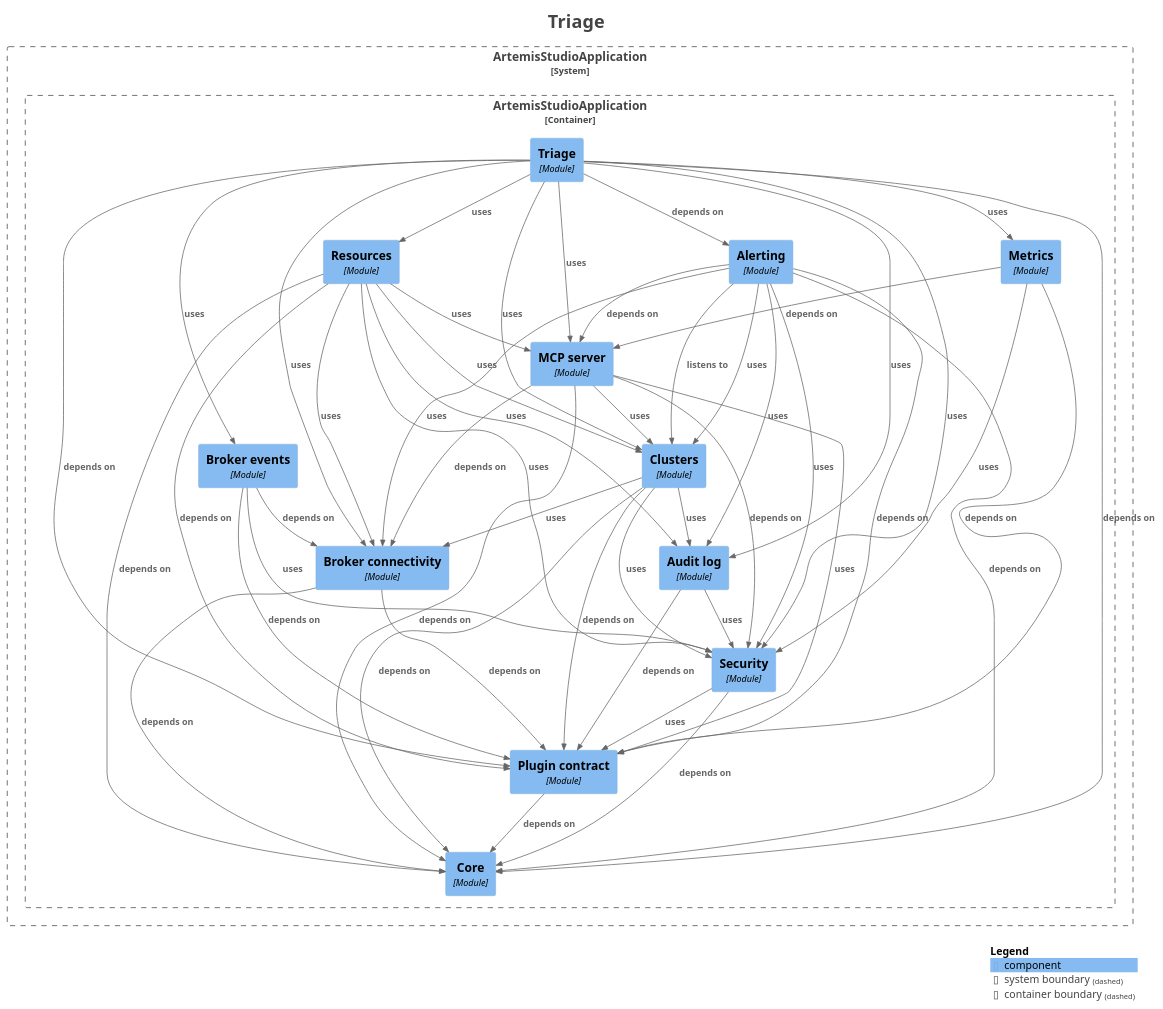
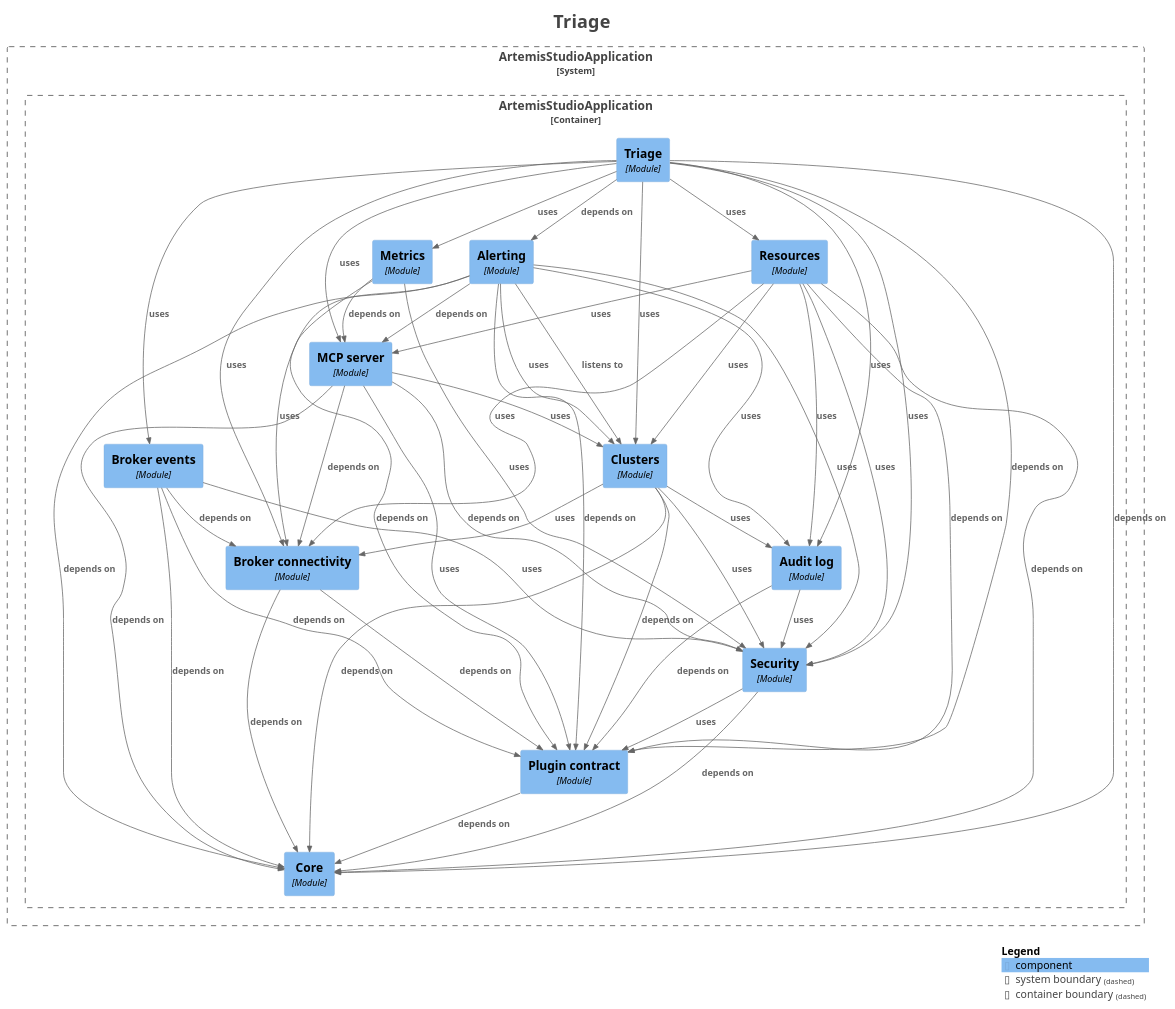
The diagram in docs/modules/module-feature.triage.puml (sudoitir/artemis-studio), drawn with PlantUML before and after one commit. The commit also changed 3 other files, not shown here.

First line of the commit message:
docs(modules): regenerate module diagrams for shutdown-step dependencies

```diff
--- a/docs/modules/module-feature.triage.puml
+++ b/docs/modules/module-feature.triage.puml
@@ -1,88 +1,89 @@
 @startuml
 title <size:24>Triage</size>
 
 set separator none
 top to bottom direction
 
 <style>
   root {
     BackgroundColor: #ffffff
     FontColor: #444444
   }
 </style>
 
 !include <C4/C4>
 !include <C4/C4_Context>
 !include <C4/C4_Component>
 
 System_Boundary("ArtemisStudioApplication_boundary", "ArtemisStudioApplication", $tags="") {
   Container_Boundary("ArtemisStudioApplication.ArtemisStudioApplication_boundary", "ArtemisStudioApplication", $tags="") {
     Component(ArtemisStudioApplication.ArtemisStudioApplication.Brokerconnectivity, "Broker connectivity", $techn="Module", $descr="", $tags="", $link="")
     Component(ArtemisStudioApplication.ArtemisStudioApplication.Brokerevents, "Broker events", $techn="Module", $descr="", $tags="", $link="")
     Component(ArtemisStudioApplication.ArtemisStudioApplication.Clusters, "Clusters", $techn="Module", $descr="", $tags="", $link="")
     Component(ArtemisStudioApplication.ArtemisStudioApplication.MCPserver, "MCP server", $techn="Module", $descr="", $tags="", $link="")
     Component(ArtemisStudioApplication.ArtemisStudioApplication.Alerting, "Alerting", $techn="Module", $descr="", $tags="", $link="")
     Component(ArtemisStudioApplication.ArtemisStudioApplication.Metrics, "Metrics", $techn="Module", $descr="", $tags="", $link="")
     Component(ArtemisStudioApplication.ArtemisStudioApplication.Resources, "Resources", $techn="Module", $descr="", $tags="", $link="")
     Component(ArtemisStudioApplication.ArtemisStudioApplication.Triage, "Triage", $techn="Module", $descr="", $tags="", $link="")
     Component(ArtemisStudioApplication.ArtemisStudioApplication.Core, "Core", $techn="Module", $descr="", $tags="", $link="")
     Component(ArtemisStudioApplication.ArtemisStudioApplication.Plugincontract, "Plugin contract", $techn="Module", $descr="", $tags="", $link="")
     Component(ArtemisStudioApplication.ArtemisStudioApplication.Security, "Security", $techn="Module", $descr="", $tags="", $link="")
     Component(ArtemisStudioApplication.ArtemisStudioApplication.Auditlog, "Audit log", $techn="Module", $descr="", $tags="", $link="")
   }
 
 }
 
 Rel(ArtemisStudioApplication.ArtemisStudioApplication.Alerting, ArtemisStudioApplication.ArtemisStudioApplication.Auditlog, "uses", $techn="", $tags="", $link="")
 Rel(ArtemisStudioApplication.ArtemisStudioApplication.Alerting, ArtemisStudioApplication.ArtemisStudioApplication.Brokerconnectivity, "uses", $techn="", $tags="", $link="")
 Rel(ArtemisStudioApplication.ArtemisStudioApplication.Alerting, ArtemisStudioApplication.ArtemisStudioApplication.Clusters, "listens to", $techn="", $tags="", $link="")
 Rel(ArtemisStudioApplication.ArtemisStudioApplication.Alerting, ArtemisStudioApplication.ArtemisStudioApplication.Clusters, "uses", $techn="", $tags="", $link="")
 Rel(ArtemisStudioApplication.ArtemisStudioApplication.Alerting, ArtemisStudioApplication.ArtemisStudioApplication.Core, "depends on", $techn="", $tags="", $link="")
 Rel(ArtemisStudioApplication.ArtemisStudioApplication.Alerting, ArtemisStudioApplication.ArtemisStudioApplication.MCPserver, "depends on", $techn="", $tags="", $link="")
 Rel(ArtemisStudioApplication.ArtemisStudioApplication.Alerting, ArtemisStudioApplication.ArtemisStudioApplication.Plugincontract, "depends on", $techn="", $tags="", $link="")
 Rel(ArtemisStudioApplication.ArtemisStudioApplication.Alerting, ArtemisStudioApplication.ArtemisStudioApplication.Security, "uses", $techn="", $tags="", $link="")
 Rel(ArtemisStudioApplication.ArtemisStudioApplication.Auditlog, ArtemisStudioApplication.ArtemisStudioApplication.Plugincontract, "depends on", $techn="", $tags="", $link="")
 Rel(ArtemisStudioApplication.ArtemisStudioApplication.Auditlog, ArtemisStudioApplication.ArtemisStudioApplication.Security, "uses", $techn="", $tags="", $link="")
 Rel(ArtemisStudioApplication.ArtemisStudioApplication.Brokerconnectivity, ArtemisStudioApplication.ArtemisStudioApplication.Core, "depends on", $techn="", $tags="", $link="")
 Rel(ArtemisStudioApplication.ArtemisStudioApplication.Brokerconnectivity, ArtemisStudioApplication.ArtemisStudioApplication.Plugincontract, "depends on", $techn="", $tags="", $link="")
 Rel(ArtemisStudioApplication.ArtemisStudioApplication.Brokerevents, ArtemisStudioApplication.ArtemisStudioApplication.Brokerconnectivity, "depends on", $techn="", $tags="", $link="")
+Rel(ArtemisStudioApplication.ArtemisStudioApplication.Brokerevents, ArtemisStudioApplication.ArtemisStudioApplication.Core, "depends on", $techn="", $tags="", $link="")
 Rel(ArtemisStudioApplication.ArtemisStudioApplication.Brokerevents, ArtemisStudioApplication.ArtemisStudioApplication.Plugincontract, "depends on", $techn="", $tags="", $link="")
 Rel(ArtemisStudioApplication.ArtemisStudioApplication.Brokerevents, ArtemisStudioApplication.ArtemisStudioApplication.Security, "uses", $techn="", $tags="", $link="")
 Rel(ArtemisStudioApplication.ArtemisStudioApplication.Clusters, ArtemisStudioApplication.ArtemisStudioApplication.Auditlog, "uses", $techn="", $tags="", $link="")
 Rel(ArtemisStudioApplication.ArtemisStudioApplication.Clusters, ArtemisStudioApplication.ArtemisStudioApplication.Brokerconnectivity, "uses", $techn="", $tags="", $link="")
 Rel(ArtemisStudioApplication.ArtemisStudioApplication.Clusters, ArtemisStudioApplication.ArtemisStudioApplication.Core, "depends on", $techn="", $tags="", $link="")
 Rel(ArtemisStudioApplication.ArtemisStudioApplication.Clusters, ArtemisStudioApplication.ArtemisStudioApplication.Plugincontract, "depends on", $techn="", $tags="", $link="")
 Rel(ArtemisStudioApplication.ArtemisStudioApplication.Clusters, ArtemisStudioApplication.ArtemisStudioApplication.Security, "uses", $techn="", $tags="", $link="")
 Rel(ArtemisStudioApplication.ArtemisStudioApplication.MCPserver, ArtemisStudioApplication.ArtemisStudioApplication.Brokerconnectivity, "depends on", $techn="", $tags="", $link="")
 Rel(ArtemisStudioApplication.ArtemisStudioApplication.MCPserver, ArtemisStudioApplication.ArtemisStudioApplication.Clusters, "uses", $techn="", $tags="", $link="")
 Rel(ArtemisStudioApplication.ArtemisStudioApplication.MCPserver, ArtemisStudioApplication.ArtemisStudioApplication.Core, "depends on", $techn="", $tags="", $link="")
 Rel(ArtemisStudioApplication.ArtemisStudioApplication.MCPserver, ArtemisStudioApplication.ArtemisStudioApplication.Plugincontract, "uses", $techn="", $tags="", $link="")
 Rel(ArtemisStudioApplication.ArtemisStudioApplication.MCPserver, ArtemisStudioApplication.ArtemisStudioApplication.Security, "depends on", $techn="", $tags="", $link="")
 Rel(ArtemisStudioApplication.ArtemisStudioApplication.Metrics, ArtemisStudioApplication.ArtemisStudioApplication.MCPserver, "depends on", $techn="", $tags="", $link="")
 Rel(ArtemisStudioApplication.ArtemisStudioApplication.Metrics, ArtemisStudioApplication.ArtemisStudioApplication.Plugincontract, "depends on", $techn="", $tags="", $link="")
 Rel(ArtemisStudioApplication.ArtemisStudioApplication.Metrics, ArtemisStudioApplication.ArtemisStudioApplication.Security, "uses", $techn="", $tags="", $link="")
 Rel(ArtemisStudioApplication.ArtemisStudioApplication.Plugincontract, ArtemisStudioApplication.ArtemisStudioApplication.Core, "depends on", $techn="", $tags="", $link="")
 Rel(ArtemisStudioApplication.ArtemisStudioApplication.Resources, ArtemisStudioApplication.ArtemisStudioApplication.Auditlog, "uses", $techn="", $tags="", $link="")
 Rel(ArtemisStudioApplication.ArtemisStudioApplication.Resources, ArtemisStudioApplication.ArtemisStudioApplication.Brokerconnectivity, "uses", $techn="", $tags="", $link="")
 Rel(ArtemisStudioApplication.ArtemisStudioApplication.Resources, ArtemisStudioApplication.ArtemisStudioApplication.Clusters, "uses", $techn="", $tags="", $link="")
 Rel(ArtemisStudioApplication.ArtemisStudioApplication.Resources, ArtemisStudioApplication.ArtemisStudioApplication.Core, "depends on", $techn="", $tags="", $link="")
 Rel(ArtemisStudioApplication.ArtemisStudioApplication.Resources, ArtemisStudioApplication.ArtemisStudioApplication.MCPserver, "uses", $techn="", $tags="", $link="")
 Rel(ArtemisStudioApplication.ArtemisStudioApplication.Resources, ArtemisStudioApplication.ArtemisStudioApplication.Plugincontract, "depends on", $techn="", $tags="", $link="")
 Rel(ArtemisStudioApplication.ArtemisStudioApplication.Resources, ArtemisStudioApplication.ArtemisStudioApplication.Security, "uses", $techn="", $tags="", $link="")
 Rel(ArtemisStudioApplication.ArtemisStudioApplication.Security, ArtemisStudioApplication.ArtemisStudioApplication.Core, "depends on", $techn="", $tags="", $link="")
 Rel(ArtemisStudioApplication.ArtemisStudioApplication.Security, ArtemisStudioApplication.ArtemisStudioApplication.Plugincontract, "uses", $techn="", $tags="", $link="")
 Rel(ArtemisStudioApplication.ArtemisStudioApplication.Triage, ArtemisStudioApplication.ArtemisStudioApplication.Alerting, "depends on", $techn="", $tags="", $link="")
 Rel(ArtemisStudioApplication.ArtemisStudioApplication.Triage, ArtemisStudioApplication.ArtemisStudioApplication.Auditlog, "uses", $techn="", $tags="", $link="")
 Rel(ArtemisStudioApplication.ArtemisStudioApplication.Triage, ArtemisStudioApplication.ArtemisStudioApplication.Brokerconnectivity, "uses", $techn="", $tags="", $link="")
 Rel(ArtemisStudioApplication.ArtemisStudioApplication.Triage, ArtemisStudioApplication.ArtemisStudioApplication.Brokerevents, "uses", $techn="", $tags="", $link="")
 Rel(ArtemisStudioApplication.ArtemisStudioApplication.Triage, ArtemisStudioApplication.ArtemisStudioApplication.Clusters, "uses", $techn="", $tags="", $link="")
 Rel(ArtemisStudioApplication.ArtemisStudioApplication.Triage, ArtemisStudioApplication.ArtemisStudioApplication.Core, "depends on", $techn="", $tags="", $link="")
 Rel(ArtemisStudioApplication.ArtemisStudioApplication.Triage, ArtemisStudioApplication.ArtemisStudioApplication.MCPserver, "uses", $techn="", $tags="", $link="")
 Rel(ArtemisStudioApplication.ArtemisStudioApplication.Triage, ArtemisStudioApplication.ArtemisStudioApplication.Metrics, "uses", $techn="", $tags="", $link="")
 Rel(ArtemisStudioApplication.ArtemisStudioApplication.Triage, ArtemisStudioApplication.ArtemisStudioApplication.Plugincontract, "depends on", $techn="", $tags="", $link="")
 Rel(ArtemisStudioApplication.ArtemisStudioApplication.Triage, ArtemisStudioApplication.ArtemisStudioApplication.Resources, "uses", $techn="", $tags="", $link="")
 Rel(ArtemisStudioApplication.ArtemisStudioApplication.Triage, ArtemisStudioApplication.ArtemisStudioApplication.Security, "uses", $techn="", $tags="", $link="")
 
 SHOW_LEGEND(true)
 hide stereotypes
 @enduml
```
